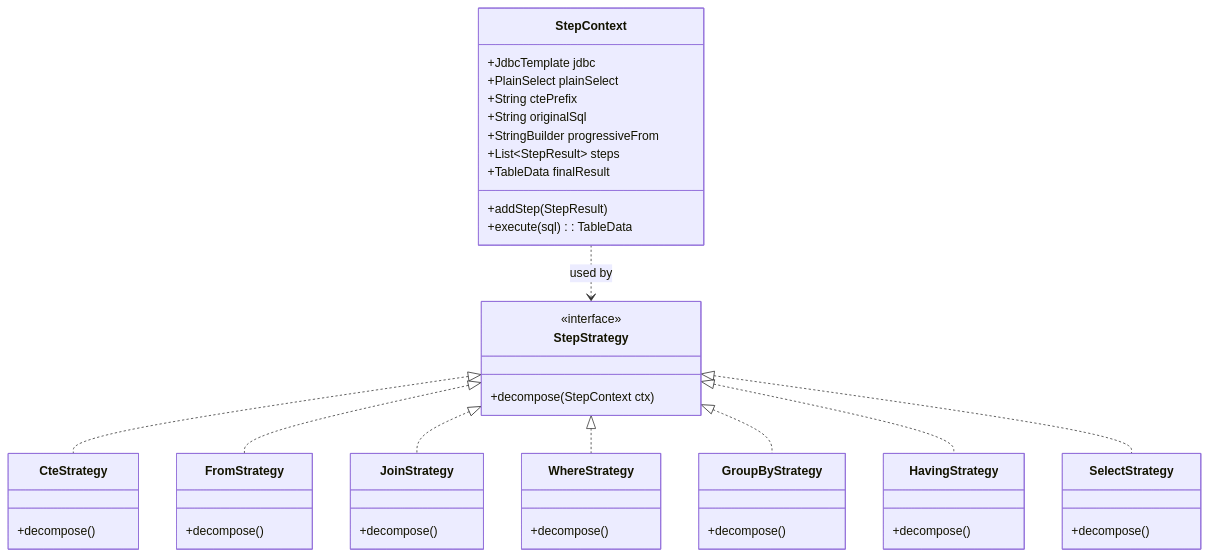
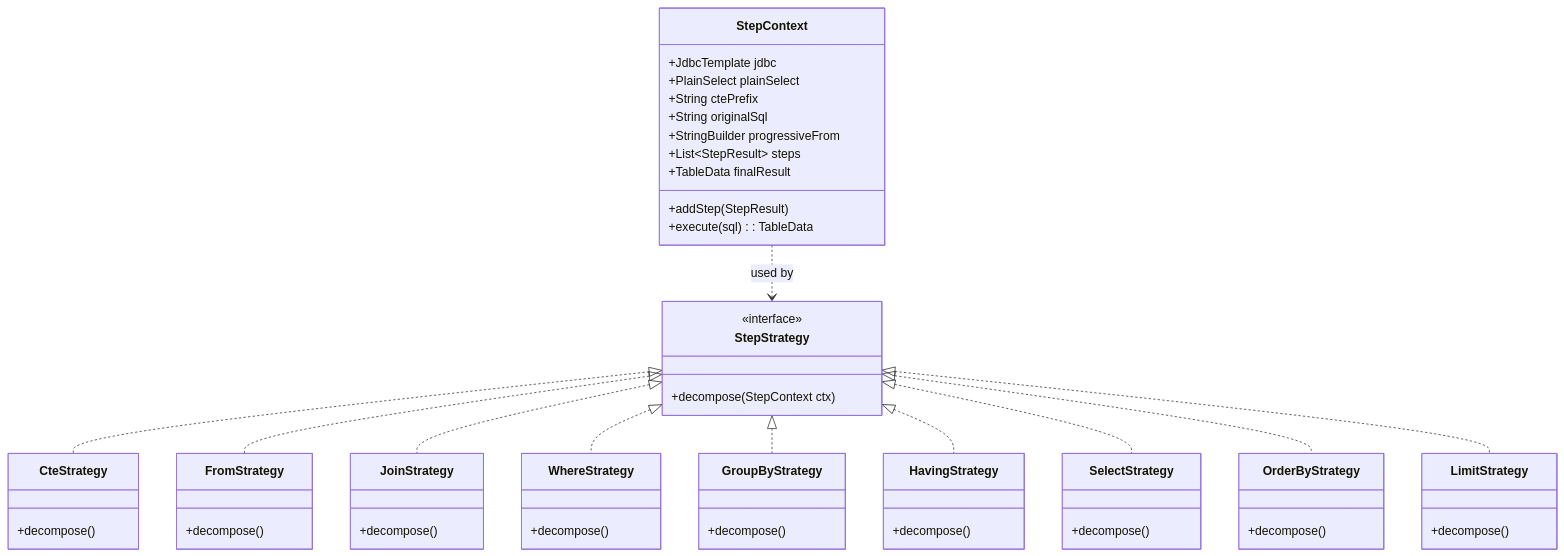
One commit to Voodels/Seeql changed the second of 5 diagrams in README.md. Above: the diagram before and after it, drawn with Mermaid. The commit also changed other lines of this file, not shown here.

Commit message:
Update README with all new features: ORDER BY, LIMIT, subqueries, set ops, multiple FROM, compound, LATERAL, UPDATE/DELETE, recursive CTE, window annotations

````diff
--- a/README.md
+++ b/README.md
@@ -42,50 +44,58 @@
 ```mermaid
 classDiagram
     class StepStrategy {
         <<interface>>
         +decompose(StepContext ctx)
     }
 
     class StepContext {
         +JdbcTemplate jdbc
         +PlainSelect plainSelect
         +String ctePrefix
         +String originalSql
         +StringBuilder progressiveFrom
         +List~StepResult~ steps
         +TableData finalResult
         +addStep(StepResult)
         +execute(sql): TableData
     }
 
     class CteStrategy {
         +decompose()
     }
     class FromStrategy {
         +decompose()
     }
     class JoinStrategy {
         +decompose()
     }
     class WhereStrategy {
         +decompose()
     }
     class GroupByStrategy {
         +decompose()
     }
     class HavingStrategy {
         +decompose()
     }
     class SelectStrategy {
         +decompose()
     }
+    class OrderByStrategy {
+        +decompose()
+    }
+    class LimitStrategy {
+        +decompose()
+    }
 
     StepStrategy <|.. CteStrategy
     StepStrategy <|.. FromStrategy
     StepStrategy <|.. JoinStrategy
     StepStrategy <|.. WhereStrategy
     StepStrategy <|.. GroupByStrategy
     StepStrategy <|.. HavingStrategy
     StepStrategy <|.. SelectStrategy
+    StepStrategy <|.. OrderByStrategy
+    StepStrategy <|.. LimitStrategy
     StepContext ..> StepStrategy : used by
 ```
````
